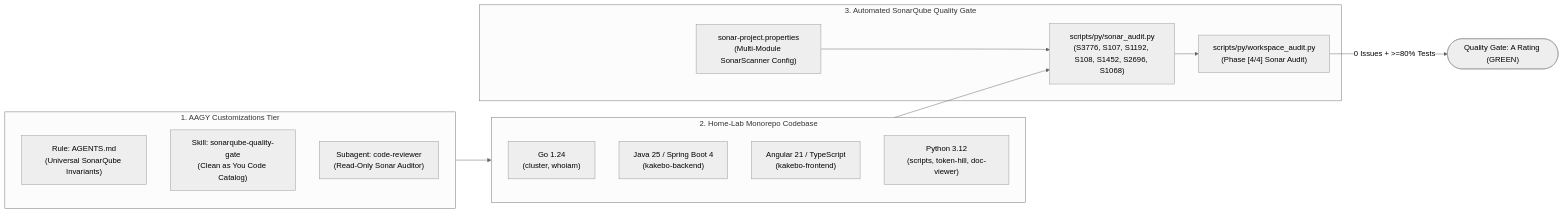
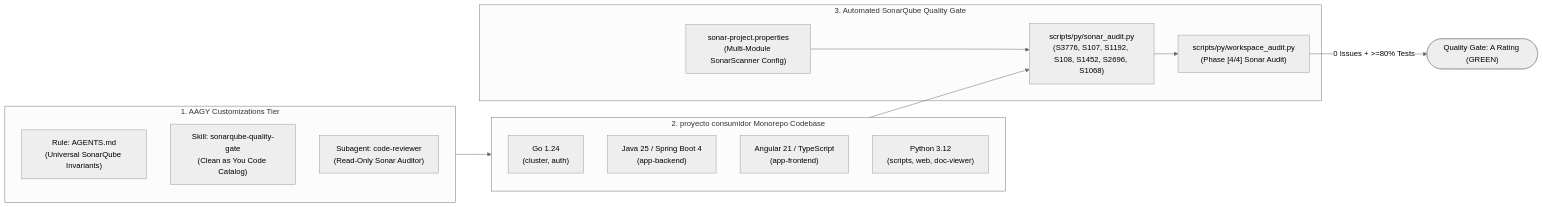
The diagram in doc/03-domain-and-flows/dgrms/DGRM_aagy_sonarqube_quality_gate_pipeline.mmd (ACB75/aagy), drawn with Mermaid (neutral theme) before and after one commit. The commit also changed 137 other files, not shown here.

```diff
--- a/doc/03-domain-and-flows/dgrms/DGRM_aagy_sonarqube_quality_gate_pipeline.mmd
+++ b/doc/03-domain-and-flows/dgrms/DGRM_aagy_sonarqube_quality_gate_pipeline.mmd
@@ -1,25 +1,25 @@
 flowchart LR
     subgraph Customizations["1. AAGY Customizations Tier"]
         R["Rule: AGENTS.md<br/>(Universal SonarQube Invariants)"]
         S["Skill: sonarqube-quality-gate<br/>(Clean as You Code Catalog)"]
         A["Subagent: code-reviewer<br/>(Read-Only Sonar Auditor)"]
     end
 
-    subgraph Codebase["2. Home-Lab Monorepo Codebase"]
-        GO["Go 1.24<br/>(cluster, whoiam)"]
-        JAVA["Java 25 / Spring Boot 4<br/>(kakebo-backend)"]
-        TS["Angular 21 / TypeScript<br/>(kakebo-frontend)"]
-        PY["Python 3.12<br/>(scripts, token-hill, doc-viewer)"]
+    subgraph Codebase["2. proyecto consumidor Monorepo Codebase"]
+        GO["Go 1.24<br/>(cluster, auth)"]
+        JAVA["Java 25 / Spring Boot 4<br/>(app-backend)"]
+        TS["Angular 21 / TypeScript<br/>(app-frontend)"]
+        PY["Python 3.12<br/>(scripts, web, doc-viewer)"]
     end
 
     subgraph Gate["3. Automated SonarQube Quality Gate"]
         SA["scripts/py/sonar_audit.py<br/>(S3776, S107, S1192, S108, S1452, S2696, S1068)"]
         WA["scripts/py/workspace_audit.py<br/>(Phase [4/4] Sonar Audit)"]
         SP["sonar-project.properties<br/>(Multi-Module SonarScanner Config)"]
     end
 
     Customizations --> Codebase
     Codebase --> SA
     SA --> WA
     SP --> SA
     WA -->|"0 Issues + >=80% Tests"| PASS(["Quality Gate: A Rating (GREEN)"])
```
